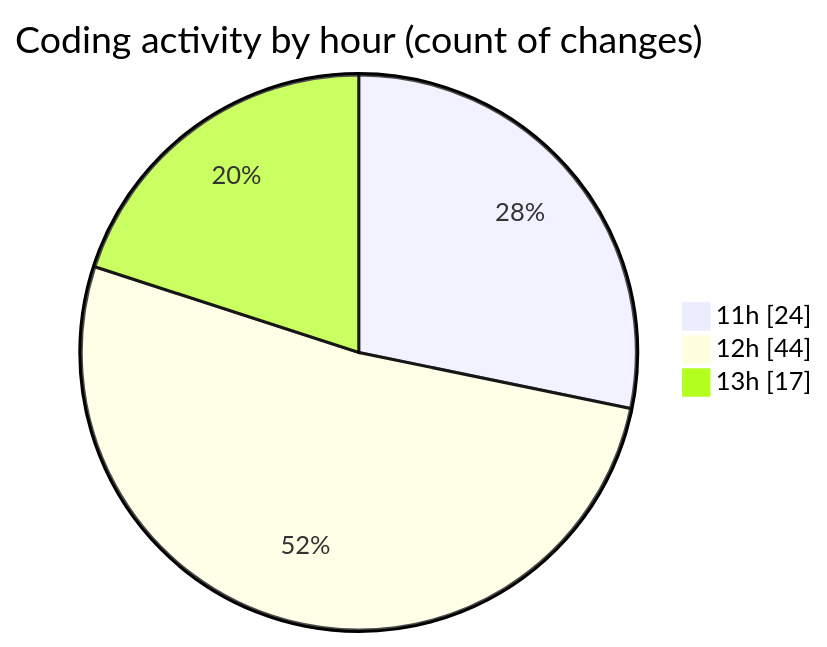
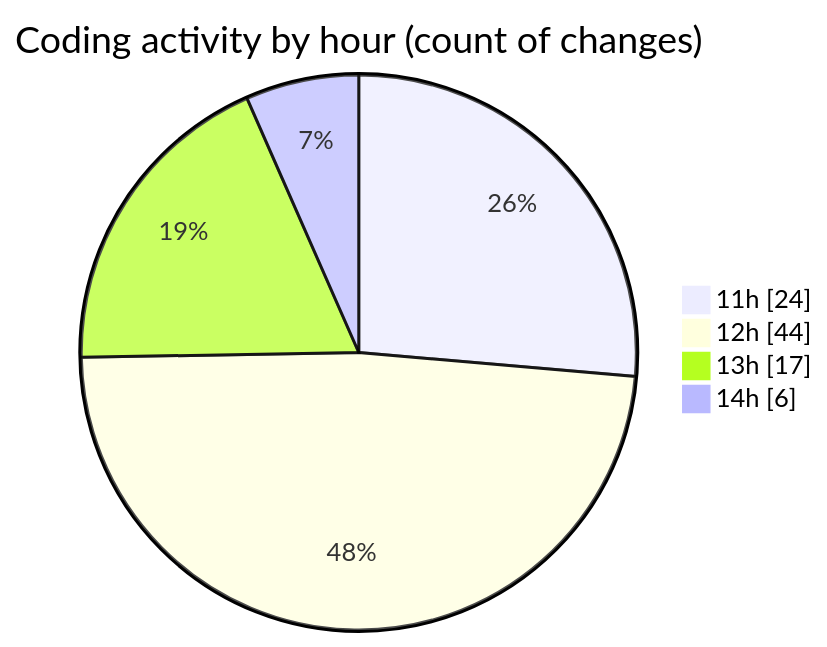
One commit to nxtqubesakshisongat/code-tracking changed the second of 2 diagrams in 2025-05-10/argos-dev/README.md. Above: the diagram before and after it, drawn with Mermaid. The commit also changed other lines of this file and 1 other file, not shown here.

````diff
--- a/2025-05-10/argos-dev/README.md
+++ b/2025-05-10/argos-dev/README.md
@@ -30,7 +32,8 @@
 ```mermaid
 pie showData
 title Coding activity by hour (count of changes)
 "11h" : 24
 "12h" : 44
 "13h" : 17
+"14h" : 6
 ```
````
